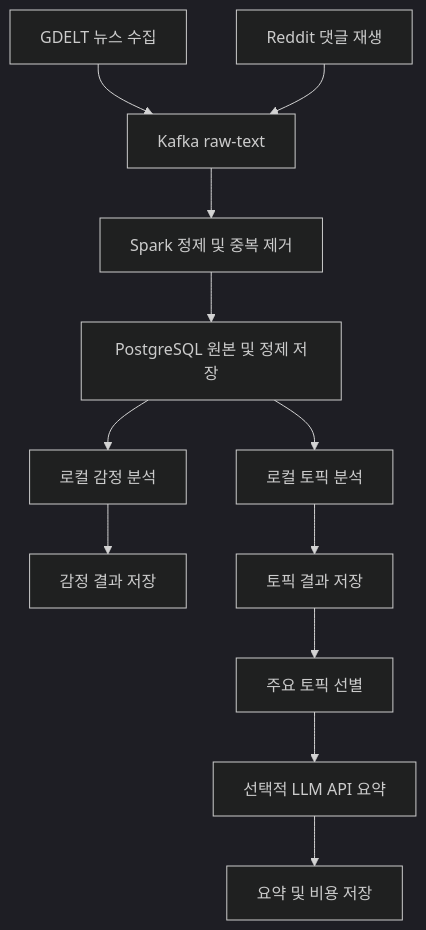
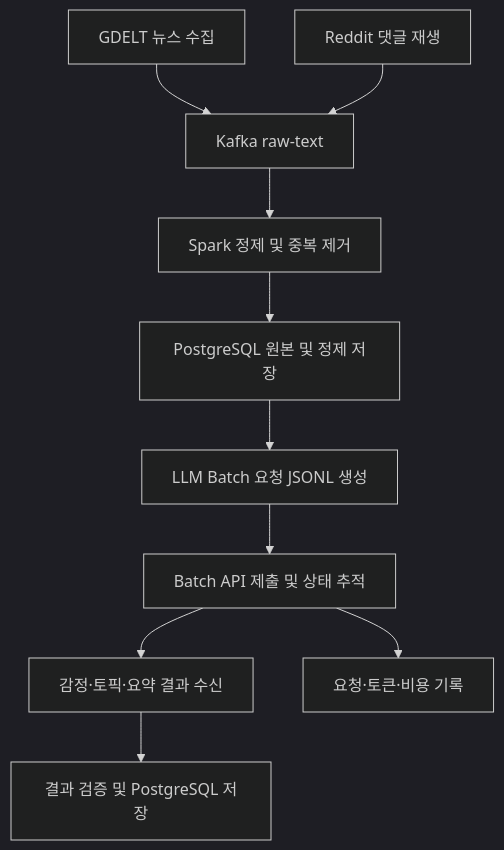
Before and after one commit to Halofty/news-comment-nlp-pipeline: the diagram in README.md, drawn with Mermaid (dark theme). The commit also changed other lines of this file and 10 other files, not shown here.

Commit message:
ingestion 구현 및 system-architecture 작성

````diff
--- a/README.md
+++ b/README.md
@@ -62,14 +62,12 @@
 ```mermaid
 flowchart TD
     A["GDELT 뉴스 수집"] --> C["Kafka raw-text"]
     B["Reddit 댓글 재생"] --> C
     C --> D["Spark 정제 및 중복 제거"]
     D --> E["PostgreSQL 원본 및 정제 저장"]
-    E --> F["로컬 감정 분석"]
-    E --> G["로컬 토픽 분석"]
-    F --> H["감정 결과 저장"]
-    G --> I["토픽 결과 저장"]
-    I --> J["주요 토픽 선별"]
-    J --> K["선택적 LLM API 요약"]
-    K --> L["요약 및 비용 저장"]
+    E --> F["LLM Batch 요청 JSONL 생성"]
+    F --> G["Batch API 제출 및 상태 추적"]
+    G --> H["감정·토픽·요약 결과 수신"]
+    H --> I["결과 검증 및 PostgreSQL 저장"]
+    G --> J["요청·토큰·비용 기록"]
 ```
````
